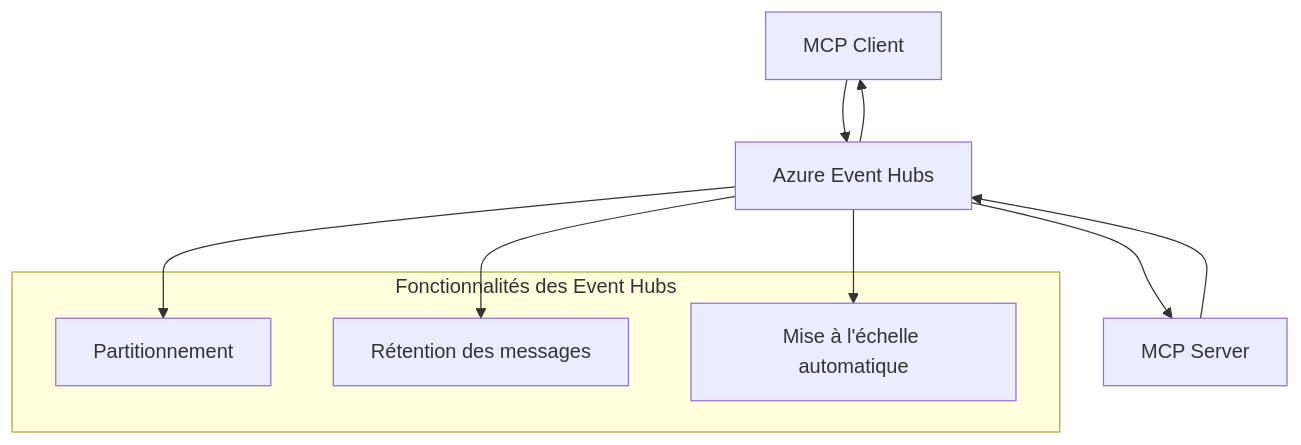
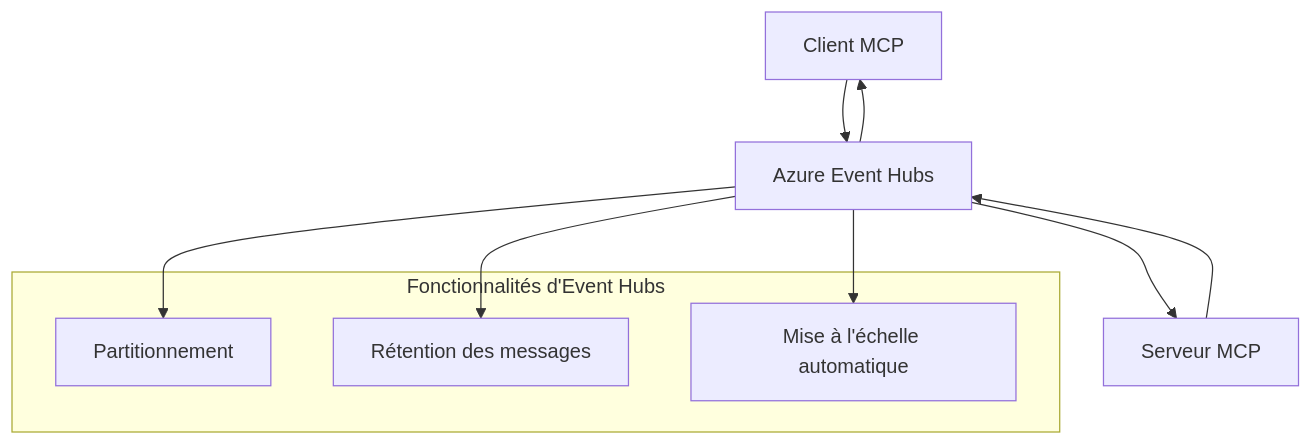
The second of 2 diagrams in mcp_ecosystem__model_context_protocol/mcp_learning_resources/mcp-for-beginners/translations/fr/05-AdvancedTopics/mcp-transport/README.md (HIDORAKAI002/ai-workspace-archive), drawn with Mermaid before and after one commit. The commit also changed other lines of this file and 1046 other files, not shown here.

````diff
--- a/mcp_ecosystem__model_context_protocol/mcp_learning_resources/mcp-for-beginners/translations/fr/05-AdvancedTopics/mcp-transport/README.md
+++ b/mcp_ecosystem__model_context_protocol/mcp_learning_resources/mcp-for-beginners/translations/fr/05-AdvancedTopics/mcp-transport/README.md
@@ -270,17 +272,17 @@
 ```mermaid
 graph TB
-    Client[MCP Client] --> EH[Azure Event Hubs]
-    EH --> Server[MCP Server]
+    Client[Client MCP] --> EH[Azure Event Hubs]
+    EH --> Server[Serveur MCP]
     Server --> EH
     EH --> Client
     
-    subgraph "Fonctionnalités des Event Hubs"
+    subgraph "Fonctionnalités d'Event Hubs"
         Partition[Partitionnement]
         Retention[Rétention des messages]
         Scaling[Mise à l'échelle automatique]
     end
     
     EH --> Partition
     EH --> Retention
     EH --> Scaling
 ```
````
